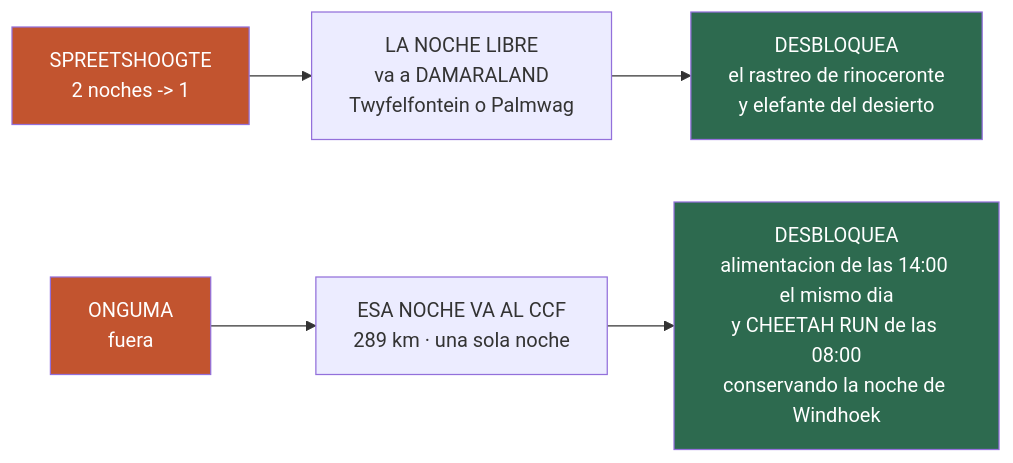
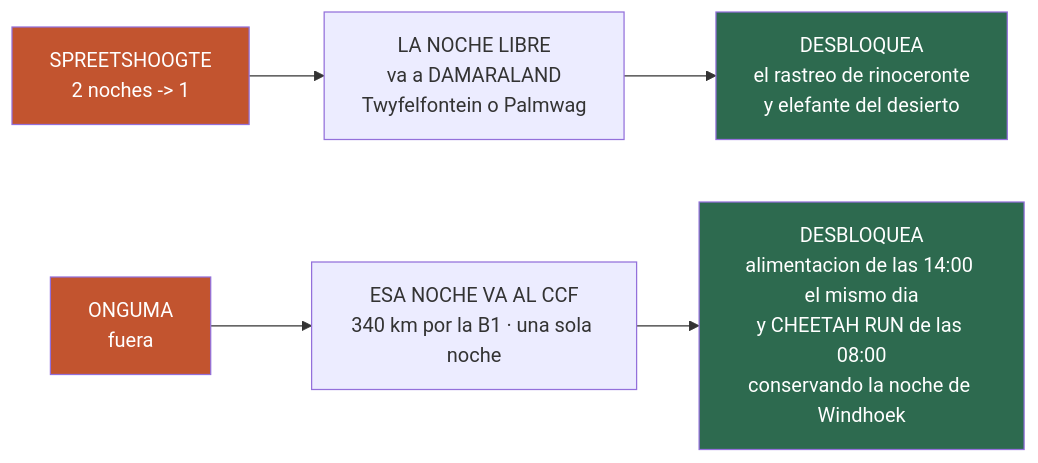
One commit to morandeirachema/namibia changed the diagram in 24-ruta-alternativa.md. Above: the diagram before and after it, drawn with Mermaid. The commit also changed other lines of this file and 9 other files, not shown here.

````diff
--- a/24-ruta-alternativa.md
+++ b/24-ruta-alternativa.md
@@ -80,12 +112,12 @@
 ```mermaid
 flowchart LR
 %% ancho
     A["SPREETSHOOGTE<br/>2 noches -> 1"] --> B["LA NOCHE LIBRE<br/>va a DAMARALAND<br/>Twyfelfontein o Palmwag"]
     B --> C["DESBLOQUEA<br/>el rastreo de rinoceronte<br/>y elefante del desierto"]
-    D["ONGUMA<br/>fuera"] --> E["ESA NOCHE VA AL CCF<br/>289 km · una sola noche"]
+    D["ONGUMA<br/>fuera"] --> E["ESA NOCHE VA AL CCF<br/>340 km por la B1 · una sola noche"]
     E --> F["DESBLOQUEA<br/>alimentacion de las 14:00 el mismo dia<br/>y CHEETAH RUN de las 08:00<br/>conservando la noche de Windhoek"]
     style A fill:#C2542F,color:#fff
     style D fill:#C2542F,color:#fff
     style C fill:#2d6a4f,color:#fff
     style F fill:#2d6a4f,color:#fff
 ```
````
